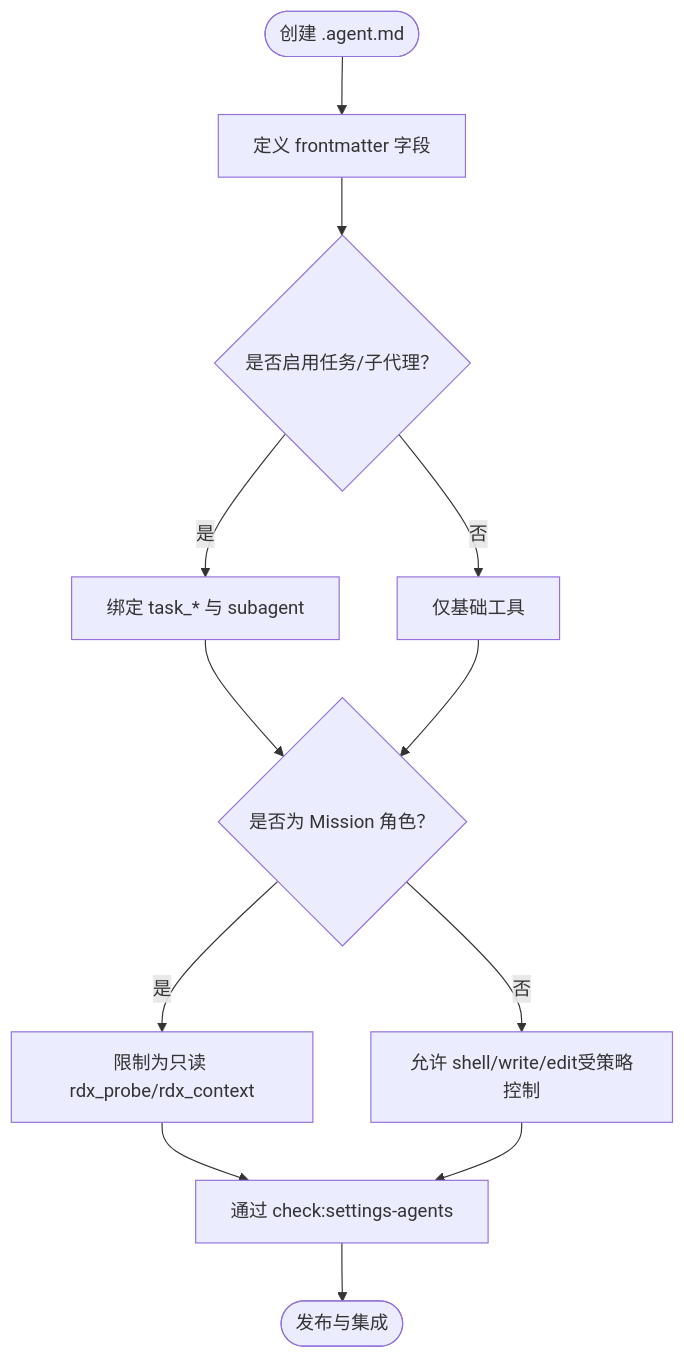
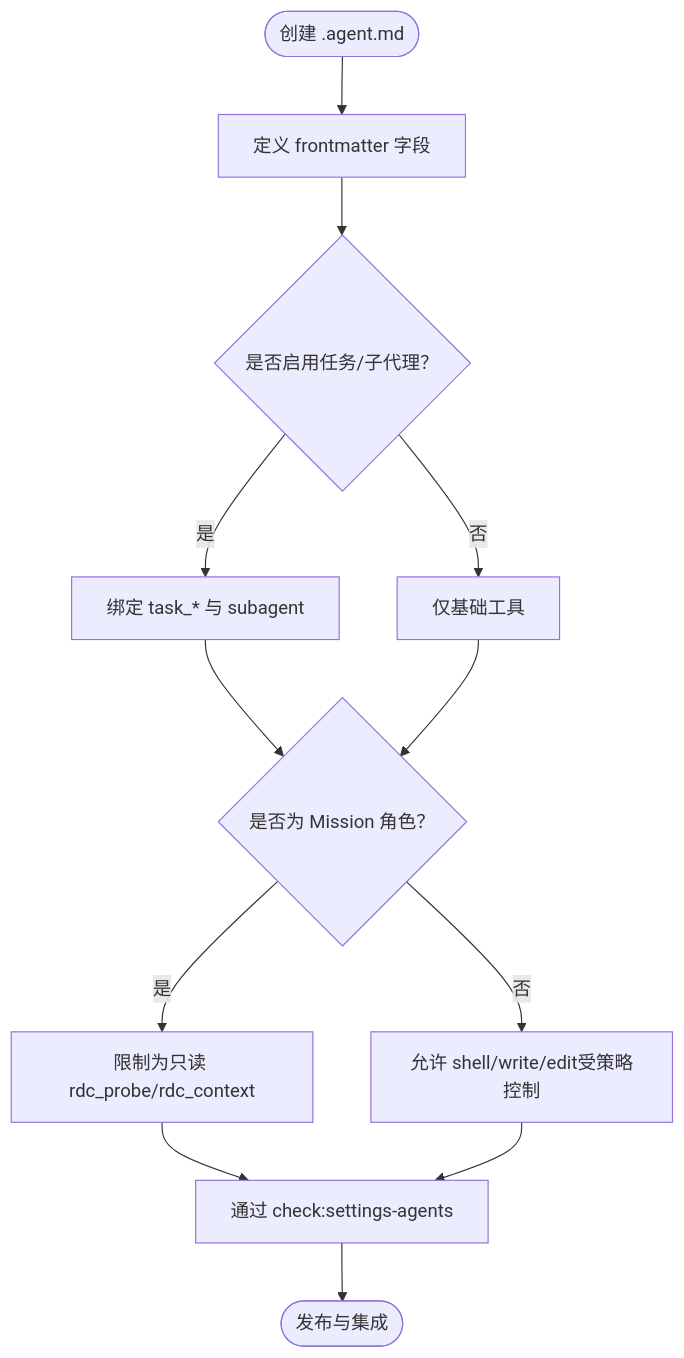
One commit to haolange/RDC-Agent changed the third of 8 diagrams in .qoder/repowiki/zh/content/扩展开发/扩展开发.md. Above: the diagram before and after it, drawn with Mermaid. The commit also changed other lines of this file and 557 other files, not shown here.

````diff
--- a/.qoder/repowiki/zh/content/扩展开发/扩展开发.md
+++ b/.qoder/repowiki/zh/content/扩展开发/扩展开发.md
@@ -123,14 +123,14 @@
 ```mermaid
 flowchart TD
 Start(["创建 .agent.md"]) --> Define["定义 frontmatter 字段"]
 Define --> Tools{"是否启用任务/子代理？"}
 Tools --> |是| BindTasks["绑定 task_* 与 subagent"]
 Tools --> |否| SkipTasks["仅基础工具"]
 BindTasks --> Profile{"是否为 Mission 角色？"}
 SkipTasks --> Profile
-Profile --> |是| PlanOnly["限制为只读 rdx_probe/rdx_context"]
+Profile --> |是| PlanOnly["限制为只读 rdc_probe/rdc_context"]
 Profile --> |否| ExecAllowed["允许 shell/write/edit受策略控制"]
 PlanOnly --> Validate["通过 check:settings-agents"]
 ExecAllowed --> Validate
 Validate --> End(["发布与集成"])
 ```
````
